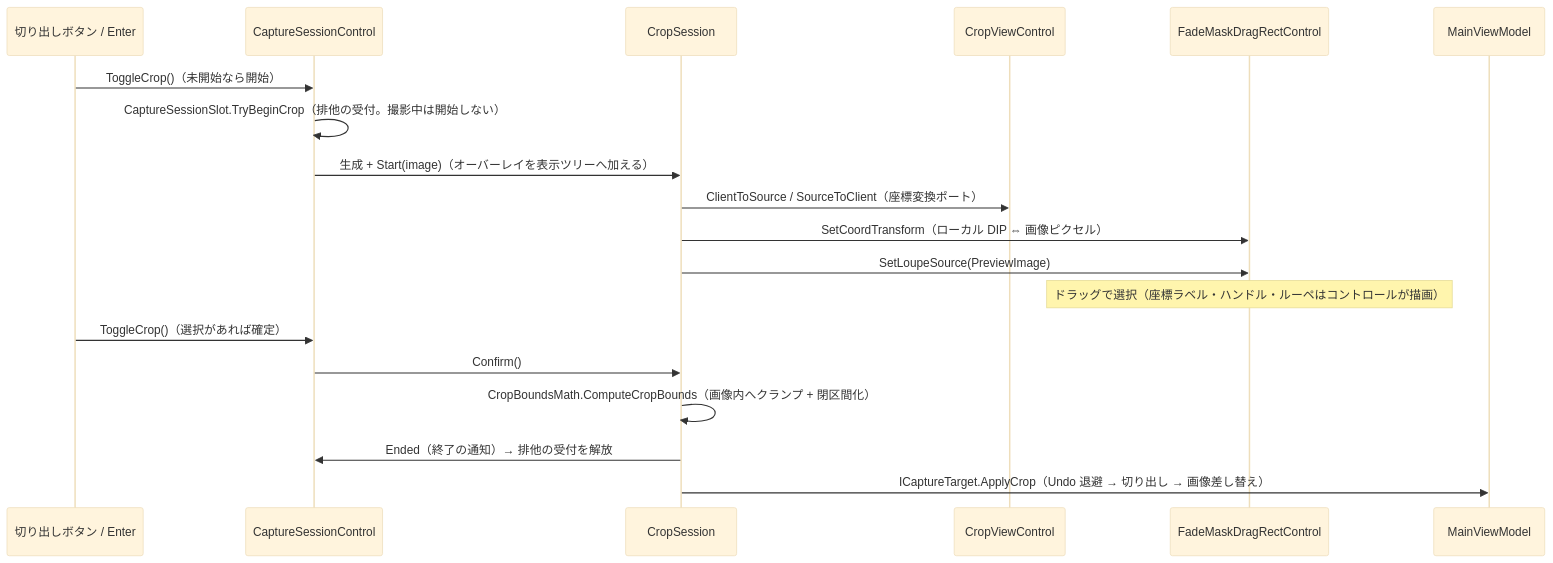
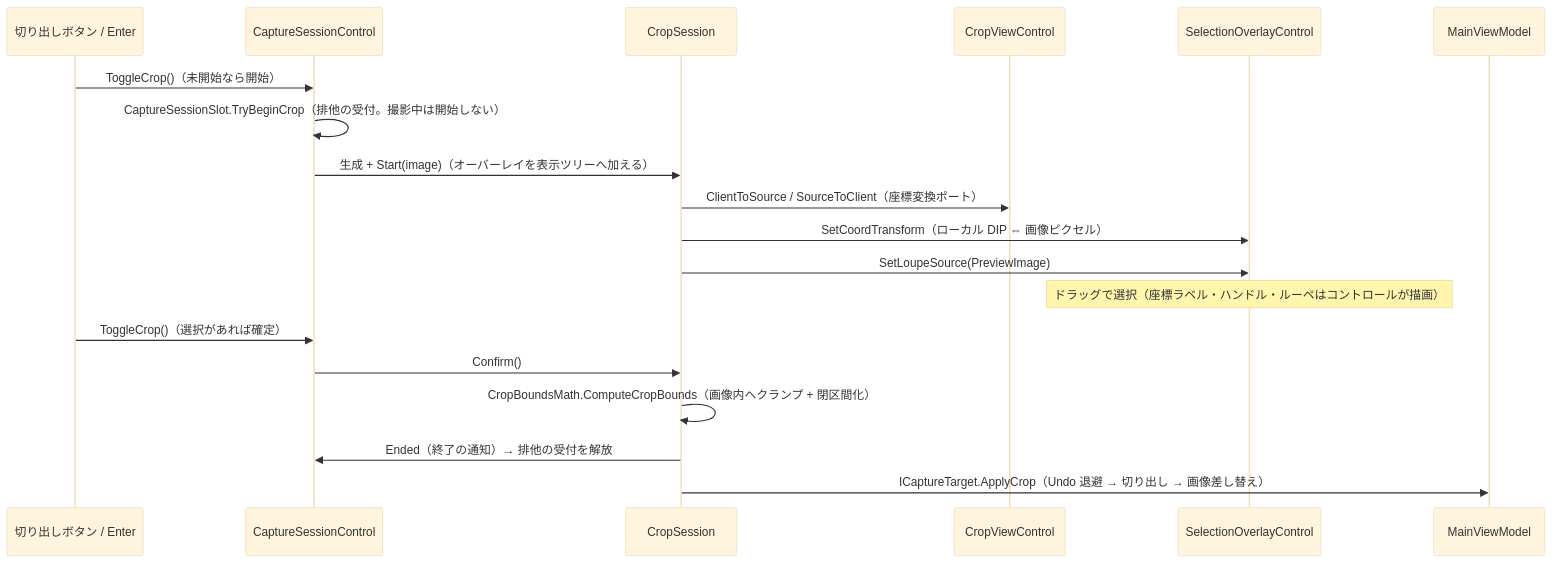
Before and after one commit to tomokuni/SaveEvidence: the fourth of 12 diagrams in src/App.MewUI/docs/SPEC_System.md, drawn with Mermaid (base theme). The commit also changed other lines of this file and 192 other files, not shown here.

````diff
--- a/src/App.MewUI/docs/SPEC_System.md
+++ b/src/App.MewUI/docs/SPEC_System.md
@@ -403,22 +403,22 @@
 ```mermaid
 sequenceDiagram
     participant BTN as 切り出しボタン / Enter
     participant PS as CaptureSessionControl
     participant CS as CropSession
     participant CV as CropViewControl
-    participant FM as FadeMaskDragRectControl
+    participant FM as SelectionOverlayControl
     participant VM as MainViewModel
 
     BTN->>PS: ToggleCrop()（未開始なら開始）
     PS->>PS: CaptureSessionSlot.TryBeginCrop（排他の受付。撮影中は開始しない）
     PS->>CS: 生成 + Start(image)（オーバーレイを表示ツリーへ加える）
     CS->>CV: ClientToSource / SourceToClient（座標変換ポート）
     CS->>FM: SetCoordTransform（ローカル DIP ⇔ 画像ピクセル）
     CS->>FM: SetLoupeSource(PreviewImage)
     Note over FM: ドラッグで選択（座標ラベル・ハンドル・ルーペはコントロールが描画）
     BTN->>PS: ToggleCrop()（選択があれば確定）
     PS->>CS: Confirm()
     CS->>CS: CropBoundsMath.ComputeCropBounds（画像内へクランプ + 閉区間化）
     CS->>PS: Ended（終了の通知）→ 排他の受付を解放
     CS->>VM: ICaptureTarget.ApplyCrop（Undo 退避 → 切り出し → 画像差し替え）
 ```
````
